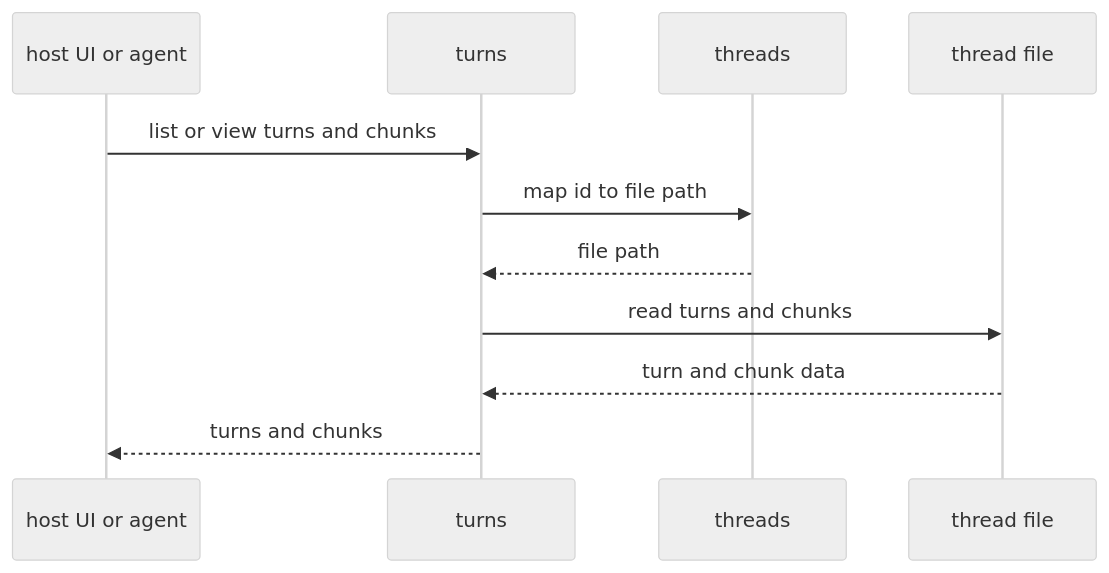
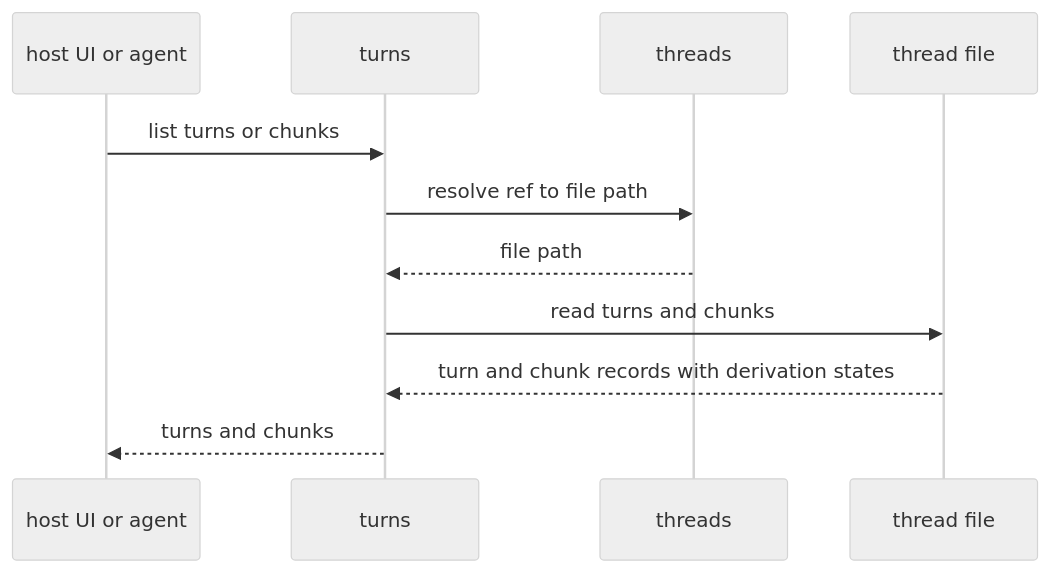
Before and after one commit to liminal-ai/long-horizon-context: the eighth of 11 diagrams in docs/onboard/02-domain-design.md, drawn with Mermaid (neutral theme). The commit also changed other lines of this file and 1 other file, not shown here.

````diff
--- a/docs/onboard/02-domain-design.md
+++ b/docs/onboard/02-domain-design.md
@@ -287,13 +297,13 @@
 ```mermaid
 sequenceDiagram
   participant C as host UI or agent
   participant U as turns
   participant T as threads
   participant F as thread file
-  C->>U: list or view turns and chunks
-  U->>T: map id to file path
+  C->>U: list turns or chunks
+  U->>T: resolve ref to file path
   T-->>U: file path
   U->>F: read turns and chunks
-  F-->>U: turn and chunk data
+  F-->>U: turn and chunk records with derivation states
   U-->>C: turns and chunks
 ```
````
